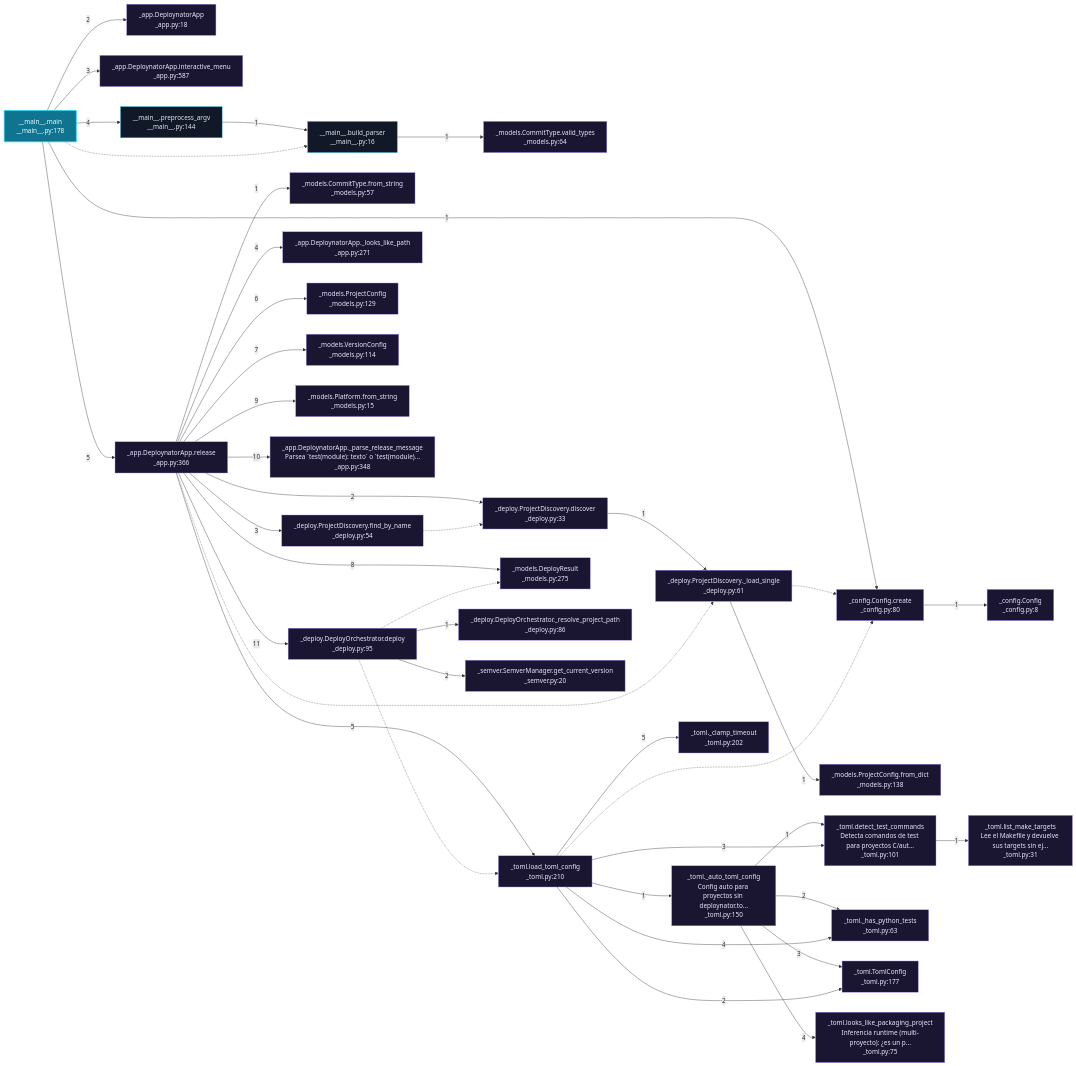
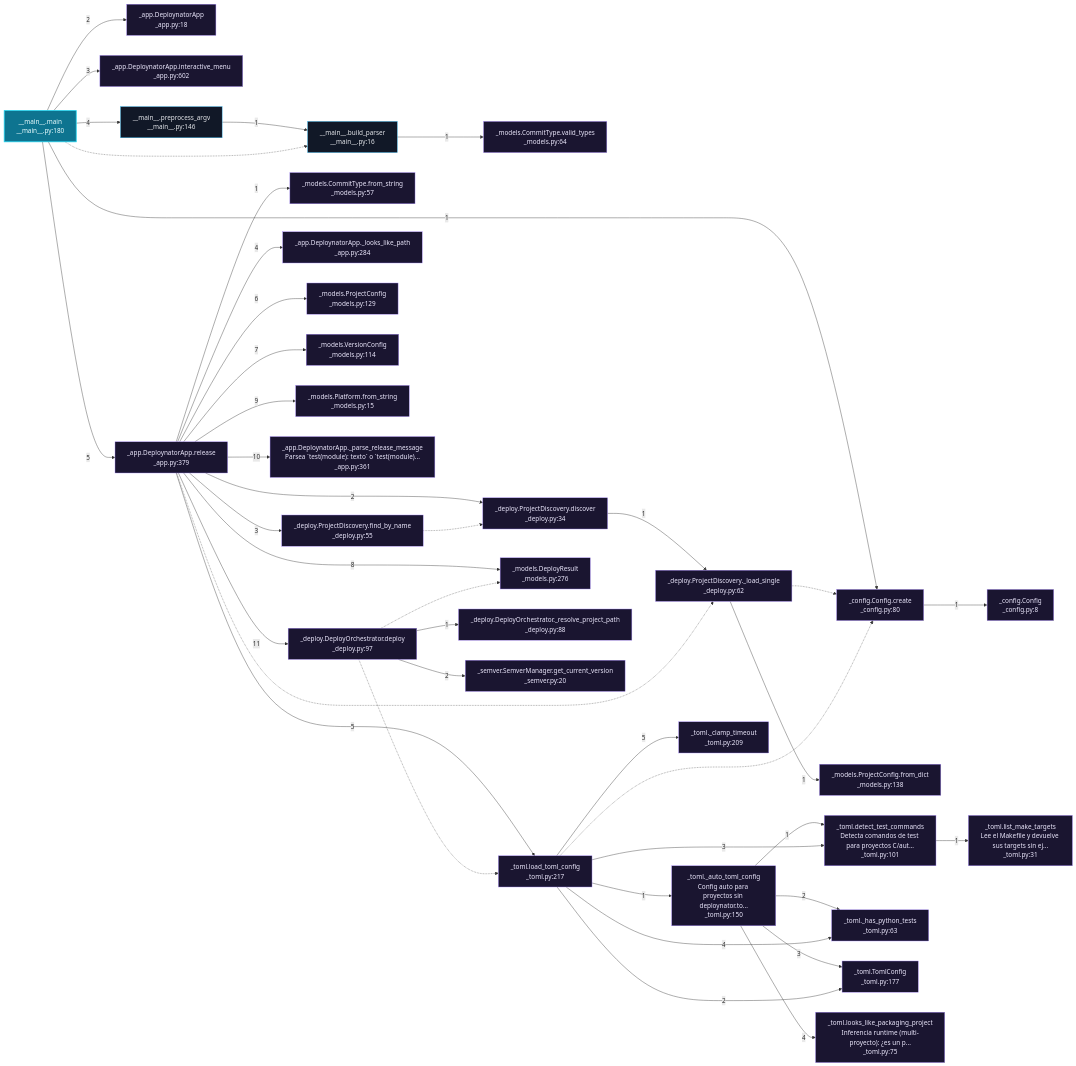
One commit to grisuno/deploynator changed the sixth of 9 diagrams in readmenator-apidocs/architecture.md. Above: the diagram before and after it, drawn with Mermaid. The commit also changed other lines of this file and 120 other files, not shown here.

First line of the commit message:
test(module): testing makeing automated deb package with deploy

````diff
--- a/readmenator-apidocs/architecture.md
+++ b/readmenator-apidocs/architecture.md
@@ -321,77 +321,77 @@
 ```mermaid
 flowchart LR
     classDef default fill:#111827,stroke:#38bdf8,color:#e5e7eb;
     classDef entry fill:#0e7490,stroke:#22d3ee,color:#ecfeff,stroke-width:2px;
     classDef external fill:#1a1530,stroke:#a78bfa,color:#ede9fe;
-    n_deploynator___main___py__main["__main__.main<br/>__main__.py:178"]:::entry
+    n_deploynator___main___py__main["__main__.main<br/>__main__.py:180"]:::entry
     n_deploynator__config_py__create["_config.Config.create<br/>_config.py:80"]:::external
     n_deploynator__config_py__Config["_config.Config<br/>_config.py:8"]:::external
     n_deploynator__app_py__DeploynatorApp["_app.DeploynatorApp<br/>_app.py:18"]:::external
-    n_deploynator__app_py__interactive_menu["_app.DeploynatorApp.interactive_menu<br/>_app.py:587"]:::external
-    n_deploynator___main___py__preprocess_argv["__main__.preprocess_argv<br/>__main__.py:144"]:::default
+    n_deploynator__app_py__interactive_menu["_app.DeploynatorApp.interactive_menu<br/>_app.py:602"]:::external
+    n_deploynator___main___py__preprocess_argv["__main__.preprocess_argv<br/>__main__.py:146"]:::default
     n_deploynator___main___py__build_parser["__main__.build_parser<br/>__main__.py:16"]:::default
     n_deploynator__models_py__valid_types["_models.CommitType.valid_types<br/>_models.py:64"]:::external
-    n_deploynator__app_py__release["_app.DeploynatorApp.release<br/>_app.py:366"]:::external
+    n_deploynator__app_py__release["_app.DeploynatorApp.release<br/>_app.py:379"]:::external
     n_deploynator__models_py__from_string_57["_models.CommitType.from_string<br/>_models.py:57"]:::external
-    n_deploynator__deploy_py__discover["_deploy.ProjectDiscovery.discover<br/>_deploy.py:33"]:::external
-    n_deploynator__deploy_py___load_single["_deploy.ProjectDiscovery._load_single<br/>_deploy.py:61"]:::external
+    n_deploynator__deploy_py__discover["_deploy.ProjectDiscovery.discover<br/>_deploy.py:34"]:::external
+    n_deploynator__deploy_py___load_single["_deploy.ProjectDiscovery._load_single<br/>_deploy.py:62"]:::external
     n_deploynator__models_py__from_dict_138["_models.ProjectConfig.from_dict<br/>_models.py:138"]:::external
-    n_deploynator__deploy_py__find_by_name["_deploy.ProjectDiscovery.find_by_name<br/>_deploy.py:54"]:::external
-    n_deploynator__app_py___looks_like_path["_app.DeploynatorApp._looks_like_path<br/>_app.py:271"]:::external
-    n_deploynator__toml_py__load_toml_config["_toml.load_toml_config<br/>_toml.py:210"]:::external
+    n_deploynator__deploy_py__find_by_name["_deploy.ProjectDiscovery.find_by_name<br/>_deploy.py:55"]:::external
+    n_deploynator__app_py___looks_like_path["_app.DeploynatorApp._looks_like_path<br/>_app.py:284"]:::external
+    n_deploynator__toml_py__load_toml_config["_toml.load_toml_config<br/>_toml.py:217"]:::external
     n_deploynator__toml_py___auto_toml_config["_toml._auto_toml_config<br/>Config auto para proyectos sin deploynator.to...<br/>_toml.py:150"]:::external
     n_deploynator__toml_py__detect_test_commands["_toml.detect_test_commands<br/>Detecta comandos de test para proyectos C/aut...<br/>_toml.py:101"]:::external
     n_deploynator__toml_py___has_python_tests["_toml._has_python_tests<br/>_toml.py:63"]:::external
     n_deploynator__toml_py__TomlConfig["_toml.TomlConfig<br/>_toml.py:177"]:::external
     n_deploynator__toml_py__looks_like_packaging_project["_toml.looks_like_packaging_project<br/>Inferencia runtime (multi-proyecto): ¿es un p...<br/>_toml.py:75"]:::external
     n_deploynator__toml_py__list_make_targets["_toml.list_make_targets<br/>Lee el Makefile y devuelve sus targets sin ej...<br/>_toml.py:31"]:::external
-    n_deploynator__toml_py___clamp_timeout["_toml._clamp_timeout<br/>_toml.py:202"]:::external
+    n_deploynator__toml_py___clamp_timeout["_toml._clamp_timeout<br/>_toml.py:209"]:::external
     n_deploynator__models_py__ProjectConfig["_models.ProjectConfig<br/>_models.py:129"]:::external
     n_deploynator__models_py__VersionConfig["_models.VersionConfig<br/>_models.py:114"]:::external
-    n_deploynator__models_py__DeployResult["_models.DeployResult<br/>_models.py:275"]:::external
+    n_deploynator__models_py__DeployResult["_models.DeployResult<br/>_models.py:276"]:::external
     n_deploynator__models_py__from_string["_models.Platform.from_string<br/>_models.py:15"]:::external
-    n_deploynator__app_py___parse_release_message["_app.DeploynatorApp._parse_release_message<br/>Parsea #96;test(module): texto#96; o #96;test(module)...<br/>_app.py:348"]:::external
-    n_deploynator__deploy_py__deploy["_deploy.DeployOrchestrator.deploy<br/>_deploy.py:95"]:::external
-    n_deploynator__deploy_py___resolve_project_path["_deploy.DeployOrchestrator._resolve_project_path<br/>_deploy.py:86"]:::external
+    n_deploynator__app_py___parse_release_message["_app.DeploynatorApp._parse_release_message<br/>Parsea #96;test(module): texto#96; o #96;test(module)...<br/>_app.py:361"]:::external
+    n_deploynator__deploy_py__deploy["_deploy.DeployOrchestrator.deploy<br/>_deploy.py:97"]:::external
+    n_deploynator__deploy_py___resolve_project_path["_deploy.DeployOrchestrator._resolve_project_path<br/>_deploy.py:88"]:::external
     n_deploynator__semver_py__get_current_version["_semver.SemverManager.get_current_version<br/>_semver.py:20"]:::external
     n_deploynator___main___py__main -->|"1"| n_deploynator__config_py__create
     n_deploynator__config_py__create -->|"1"| n_deploynator__config_py__Config
     n_deploynator___main___py__main -->|"2"| n_deploynator__app_py__DeploynatorApp
     n_deploynator___main___py__main -->|"3"| n_deploynator__app_py__interactive_menu
     n_deploynator___main___py__main -->|"4"| n_deploynator___main___py__preprocess_argv
     n_deploynator___main___py__preprocess_argv -->|"1"| n_deploynator___main___py__build_parser
     n_deploynator___main___py__build_parser -->|"1"| n_deploynator__models_py__valid_types
     n_deploynator___main___py__main -.-> n_deploynator___main___py__build_parser
     n_deploynator___main___py__main -->|"5"| n_deploynator__app_py__release
     n_deploynator__app_py__release -->|"1"| n_deploynator__models_py__from_string_57
     n_deploynator__app_py__release -->|"2"| n_deploynator__deploy_py__discover
     n_deploynator__deploy_py__discover -->|"1"| n_deploynator__deploy_py___load_single
     n_deploynator__deploy_py___load_single -.-> n_deploynator__config_py__create
     n_deploynator__deploy_py___load_single -->|"1"| n_deploynator__models_py__from_dict_138
     n_deploynator__app_py__release -->|"3"| n_deploynator__deploy_py__find_by_name
     n_deploynator__deploy_py__find_by_name -.-> n_deploynator__deploy_py__discover
     n_deploynator__app_py__release -->|"4"| n_deploynator__app_py___looks_like_path
     n_deploynator__app_py__release -->|"5"| n_deploynator__toml_py__load_toml_config
     n_deploynator__toml_py__load_toml_config -->|"1"| n_deploynator__toml_py___auto_toml_config
     n_deploynator__toml_py___auto_toml_config -->|"1"| n_deploynator__toml_py__detect_test_commands
     n_deploynator__toml_py___auto_toml_config -->|"2"| n_deploynator__toml_py___has_python_tests
     n_deploynator__toml_py___auto_toml_config -->|"3"| n_deploynator__toml_py__TomlConfig
     n_deploynator__toml_py___auto_toml_config -->|"4"| n_deploynator__toml_py__looks_like_packaging_project
     n_deploynator__toml_py__load_toml_config -->|"2"| n_deploynator__toml_py__TomlConfig
     n_deploynator__toml_py__load_toml_config -.-> n_deploynator__config_py__create
     n_deploynator__toml_py__load_toml_config -->|"3"| n_deploynator__toml_py__detect_test_commands
     n_deploynator__toml_py__detect_test_commands -->|"1"| n_deploynator__toml_py__list_make_targets
     n_deploynator__toml_py__load_toml_config -->|"4"| n_deploynator__toml_py___has_python_tests
     n_deploynator__toml_py__load_toml_config -->|"5"| n_deploynator__toml_py___clamp_timeout
     n_deploynator__app_py__release -->|"6"| n_deploynator__models_py__ProjectConfig
     n_deploynator__app_py__release -->|"7"| n_deploynator__models_py__VersionConfig
     n_deploynator__app_py__release -.-> n_deploynator__deploy_py___load_single
     n_deploynator__app_py__release -->|"8"| n_deploynator__models_py__DeployResult
     n_deploynator__app_py__release -->|"9"| n_deploynator__models_py__from_string
     n_deploynator__app_py__release -->|"10"| n_deploynator__app_py___parse_release_message
     n_deploynator__app_py__release -->|"11"| n_deploynator__deploy_py__deploy
     n_deploynator__deploy_py__deploy -->|"1"| n_deploynator__deploy_py___resolve_project_path
     n_deploynator__deploy_py__deploy -.-> n_deploynator__models_py__DeployResult
     n_deploynator__deploy_py__deploy -.-> n_deploynator__toml_py__load_toml_config
     n_deploynator__deploy_py__deploy -->|"2"| n_deploynator__semver_py__get_current_version
 ```
````
